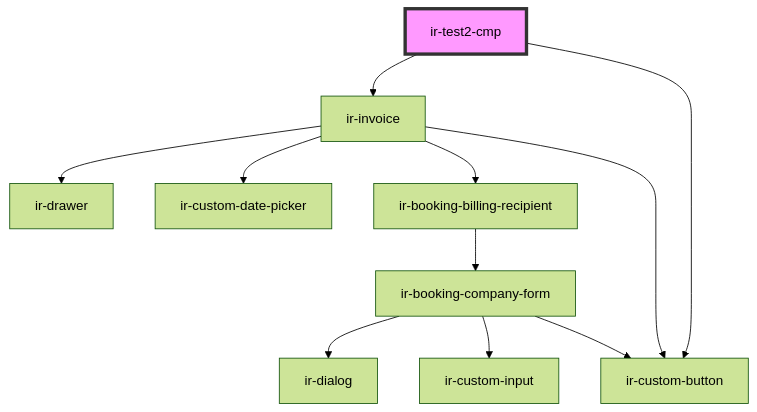
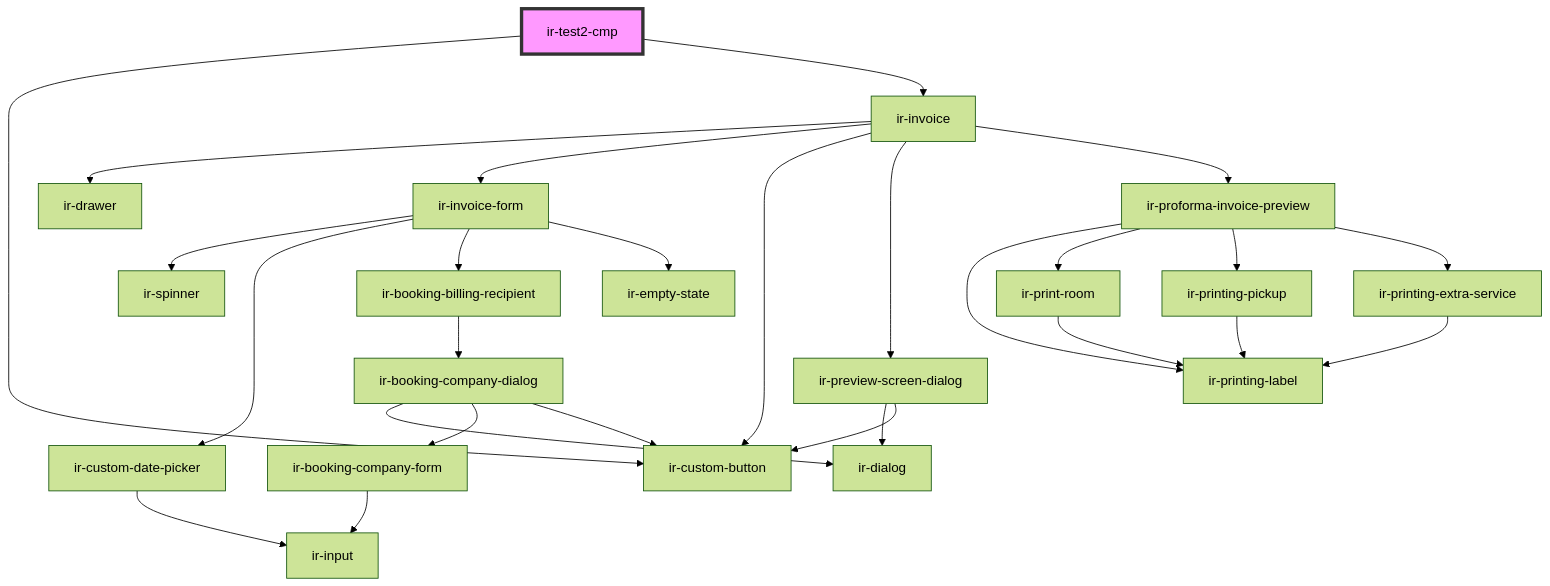
Before and after one commit to RonyRizk/ir-webcmp: the diagram in src/components/ir-test-cmp/readme.md, drawn with Mermaid (forest theme). The commit also changed 433 other files, not shown here.

````diff
--- a/src/components/ir-test-cmp/readme.md
+++ b/src/components/ir-test-cmp/readme.md
@@ -16,14 +16,30 @@
 ```mermaid
 graph TD;
   ir-test2-cmp --> ir-custom-button
   ir-test2-cmp --> ir-invoice
   ir-invoice --> ir-drawer
-  ir-invoice --> ir-custom-date-picker
-  ir-invoice --> ir-booking-billing-recipient
+  ir-invoice --> ir-invoice-form
   ir-invoice --> ir-custom-button
-  ir-booking-billing-recipient --> ir-booking-company-form
-  ir-booking-company-form --> ir-dialog
-  ir-booking-company-form --> ir-custom-input
-  ir-booking-company-form --> ir-custom-button
+  ir-invoice --> ir-preview-screen-dialog
+  ir-invoice --> ir-proforma-invoice-preview
+  ir-invoice-form --> ir-spinner
+  ir-invoice-form --> ir-custom-date-picker
+  ir-invoice-form --> ir-booking-billing-recipient
+  ir-invoice-form --> ir-empty-state
+  ir-custom-date-picker --> ir-input
+  ir-booking-billing-recipient --> ir-booking-company-dialog
+  ir-booking-company-dialog --> ir-dialog
+  ir-booking-company-dialog --> ir-booking-company-form
+  ir-booking-company-dialog --> ir-custom-button
+  ir-booking-company-form --> ir-input
+  ir-preview-screen-dialog --> ir-dialog
+  ir-preview-screen-dialog --> ir-custom-button
+  ir-proforma-invoice-preview --> ir-printing-label
+  ir-proforma-invoice-preview --> ir-print-room
+  ir-proforma-invoice-preview --> ir-printing-pickup
+  ir-proforma-invoice-preview --> ir-printing-extra-service
+  ir-print-room --> ir-printing-label
+  ir-printing-pickup --> ir-printing-label
+  ir-printing-extra-service --> ir-printing-label
   style ir-test2-cmp fill:#f9f,stroke:#333,stroke-width:4px
 ```
````
